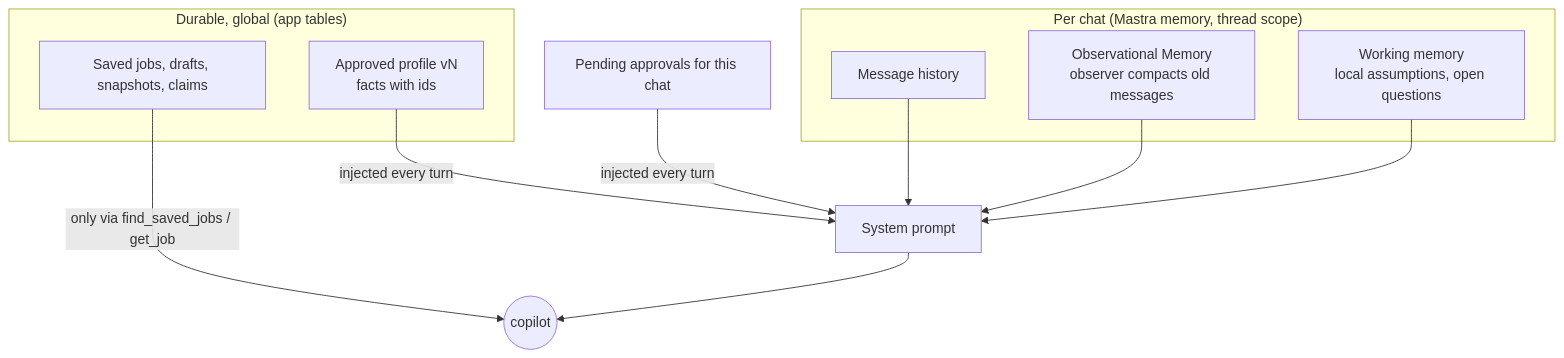
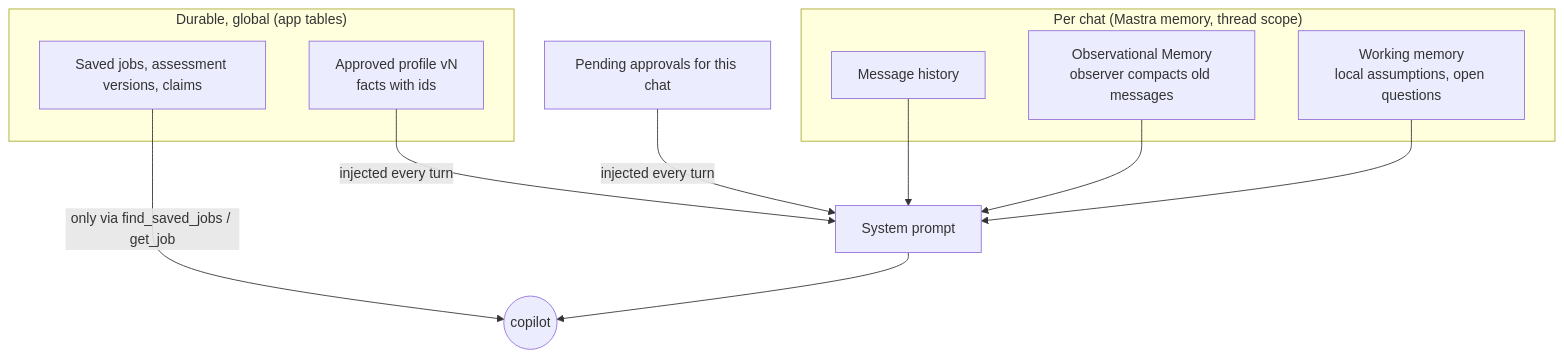
One commit to pppdns/job-agent-mastra changed the seventh of 13 diagrams in docs/architecture.md. Above: the diagram before and after it, drawn with Mermaid. The commit also changed other lines of this file and 9 other files, not shown here.

````diff
--- a/docs/architecture.md
+++ b/docs/architecture.md
@@ -221,17 +218,17 @@
 ```mermaid
 flowchart TB
   subgraph Durable["Durable, global (app tables)"]
     PF[Approved profile vN<br/>facts with ids]
-    JB[Saved jobs, drafts, snapshots, claims]
+    JB[Saved jobs, assessment versions, claims]
   end
   subgraph Thread["Per chat (Mastra memory, thread scope)"]
     H[Message history]
     OM[Observational Memory<br/>observer compacts old messages]
     WM[Working memory<br/>local assumptions, open questions]
   end
   PF -->|injected every turn| P[System prompt]
   PA[Pending approvals for this chat] -->|injected every turn| P
   H & OM & WM --> P
   JB -->|only via find_saved_jobs / get_job| CP((copilot))
   P --> CP
 ```
````
